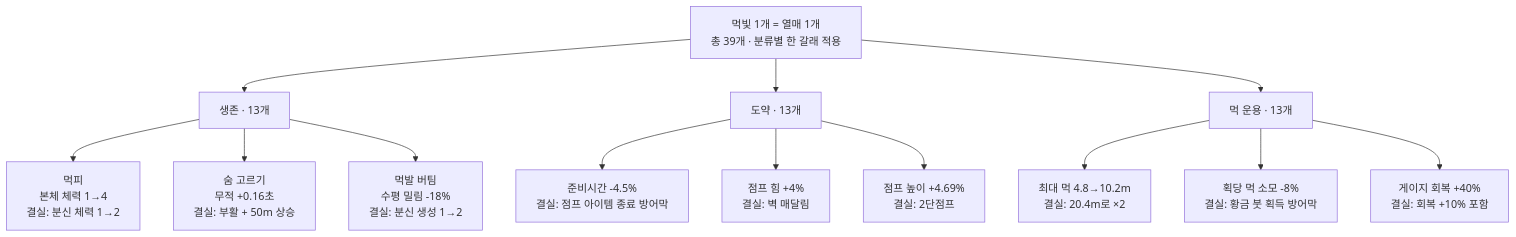
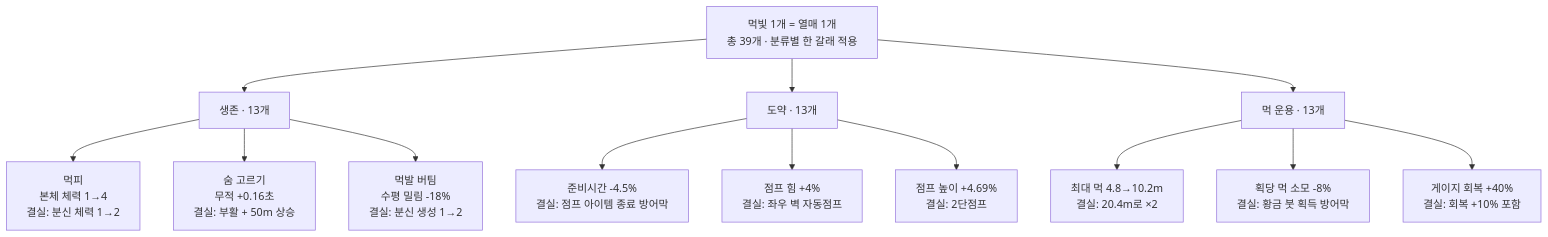
The first of 2 diagrams in README.md (Team-Swooord/muk-jump), drawn with Mermaid before and after one commit. The commit also changed other lines of this file and 11 other files, not shown here.

````diff
--- a/README.md
+++ b/README.md
@@ -122,19 +124,19 @@
 ```mermaid
 flowchart TB
     M["먹빛 1개 = 열매 1개<br/>총 39개 · 분류별 한 갈래 적용"]
 
     M --> S["생존 · 13개"]
     S --> SA["먹피<br/>본체 체력 1→4<br/>결실: 분신 체력 1→2"]
     S --> SB["숨 고르기<br/>무적 +0.16초<br/>결실: 부활 + 50m 상승"]
     S --> SC["먹발 버팀<br/>수평 밀림 -18%<br/>결실: 분신 생성 1→2"]
 
     M --> J["도약 · 13개"]
     J --> JA["준비시간 -4.5%<br/>결실: 점프 아이템 종료 방어막"]
-    J --> JB["점프 힘 +4%<br/>결실: 벽 매달림"]
+    J --> JB["점프 힘 +4%<br/>결실: 좌우 벽 자동점프"]
     J --> JC["점프 높이 +4.69%<br/>결실: 2단점프"]
 
     M --> I["먹 운용 · 13개"]
     I --> IA["최대 먹 4.8→10.2m<br/>결실: 20.4m로 ×2"]
     I --> IB["획당 먹 소모 -8%<br/>결실: 황금 붓 획득 방어막"]
     I --> IC["게이지 회복 +40%<br/>결실: 회복 +10% 포함"]
 ```
````
